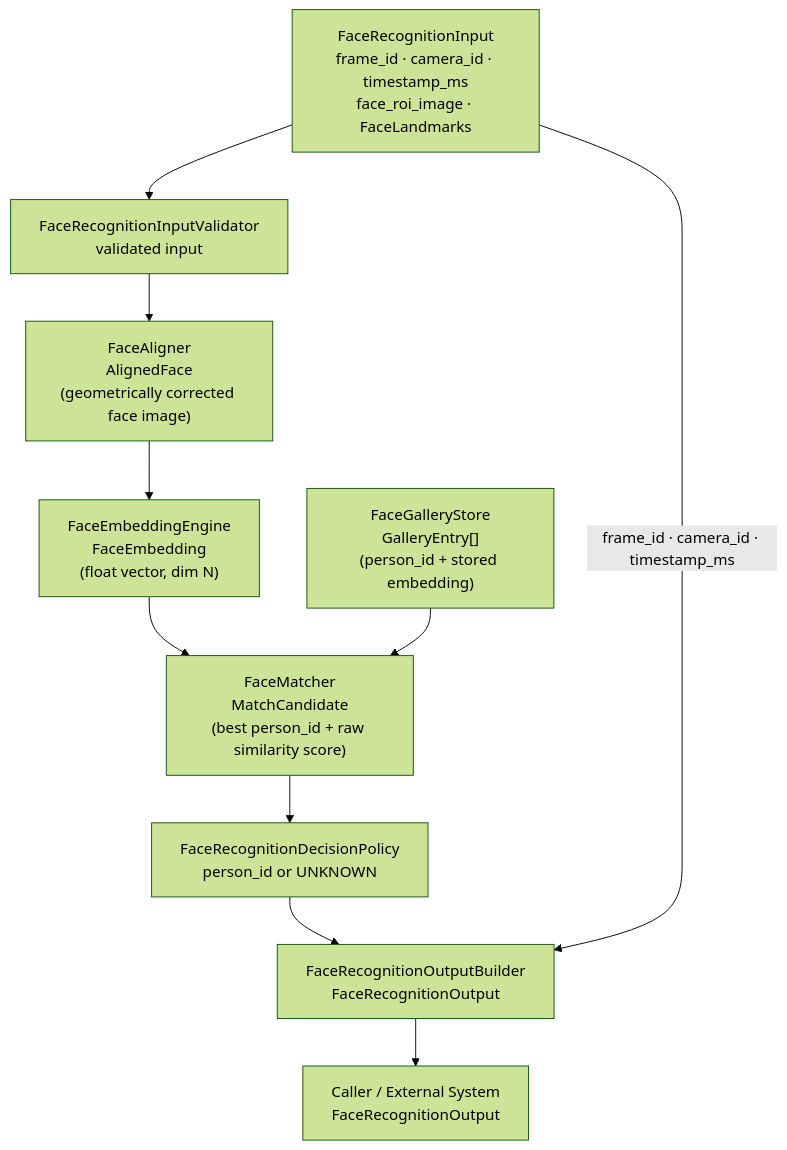
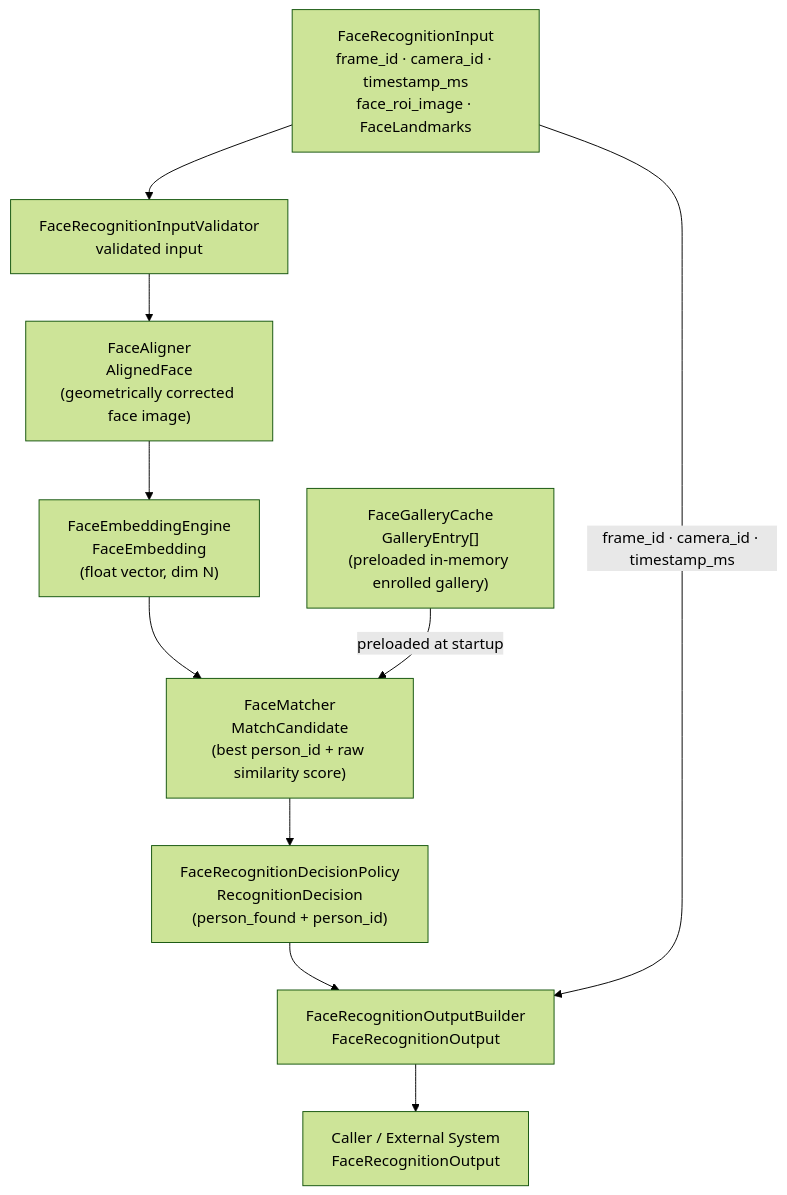
Before and after one commit to talifruman/camera-recognition: the third of 3 diagrams in doc/image_processing_service/face_recognition.md, drawn with Mermaid (forest theme). The commit also changed other lines of this file and 142 other files, not shown here.

Commit message:
Add face recognition module, update face gallery loader, and supporting docs/tests

````diff
--- a/doc/image_processing_service/face_recognition.md
+++ b/doc/image_processing_service/face_recognition.md
@@ -489,22 +504,22 @@
 ```mermaid
 flowchart TD
-    A["FaceRecognitionInput\nframe_id · camera_id · timestamp_ms\nface_roi_image · FaceLandmarks"]
-    B["FaceRecognitionInputValidator\nvalidated input"]
-    C["FaceAligner\nAlignedFace\n(geometrically corrected face image)"]
-    D["FaceEmbeddingEngine\nFaceEmbedding\n(float vector, dim N)"]
-    E["FaceGalleryStore\nGalleryEntry[]\n(person_id + stored embedding)"]
-    F["FaceMatcher\nMatchCandidate\n(best person_id + raw similarity score)"]
-    G["FaceRecognitionDecisionPolicy\nperson_id or UNKNOWN"]
-    H["FaceRecognitionOutputBuilder\nFaceRecognitionOutput"]
-    I["Caller / External System\nFaceRecognitionOutput"]
+    A["FaceRecognitionInput<br/>frame_id · camera_id · timestamp_ms<br/>face_roi_image · FaceLandmarks"]
+    B["FaceRecognitionInputValidator<br/>validated input"]
+    C["FaceAligner<br/>AlignedFace<br/>(geometrically corrected face image)"]
+    D["FaceEmbeddingEngine<br/>FaceEmbedding<br/>(float vector, dim N)"]
+    E["FaceGalleryCache<br/>GalleryEntry[]<br/>(preloaded in-memory enrolled gallery)"]
+    F["FaceMatcher<br/>MatchCandidate<br/>(best person_id + raw similarity score)"]
+    G["FaceRecognitionDecisionPolicy<br/>RecognitionDecision<br/>(person_found + person_id)"]
+    H["FaceRecognitionOutputBuilder<br/>FaceRecognitionOutput"]
+    I["Caller / External System<br/>FaceRecognitionOutput"]
 
     A --> B
     B --> C
     C --> D
     D --> F
-    E --> F
+    E -->|"preloaded at startup"| F
     F --> G
     G --> H
     A -->|"frame_id · camera_id · timestamp_ms"| H
     H --> I
 ```
````
